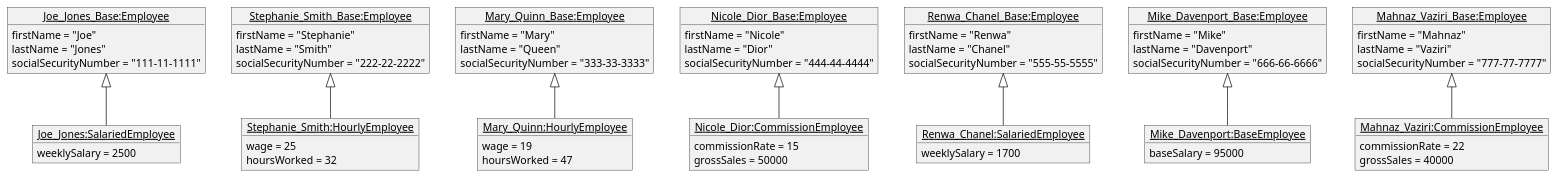
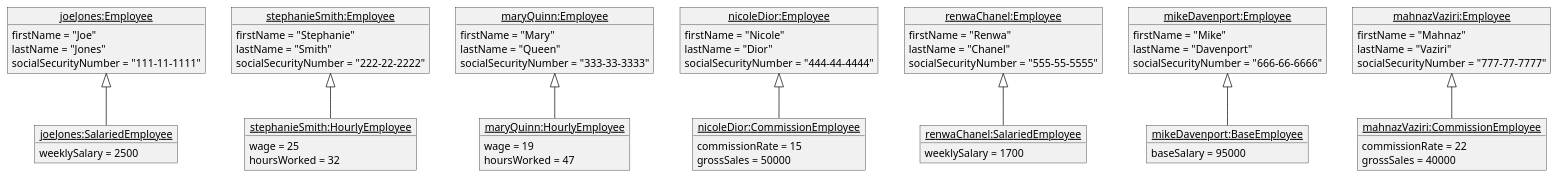
One commit to thanhdat1902/homework-2-plantuml changed the diagram in src/src/main/java/org/example/Question_1_Object_Diagram.puml. Above: the diagram before and after it, drawn with PlantUML. The commit also changed 5 other files, not shown here.

Commit message:
fix: change object diagram

```diff
--- a/src/src/main/java/org/example/Question_1_Object_Diagram.puml
+++ b/src/src/main/java/org/example/Question_1_Object_Diagram.puml
@@ -1,86 +1,86 @@
 @startuml
 'https://plantuml.com/object-diagram
 
-object "<u>Joe_Jones_Base:Employee</u>" as employeeb1{
+object "<u>joeJones:Employee</u>" as employeeb1{
 firstName = "Joe"
 lastName = "Jones"
 socialSecurityNumber = "111-11-1111"
 }
 
-object "<u>Joe_Jones:SalariedEmployee</u>" as employee1{
+object "<u>joeJones:SalariedEmployee</u>" as employee1{
 weeklySalary = 2500
 }
 
-object "<u>Stephanie_Smith_Base:Employee</u>" as employeeb2{
+object "<u>stephanieSmith:Employee</u>" as employeeb2{
 firstName = "Stephanie"
 lastName = "Smith"
 socialSecurityNumber = "222-22-2222"
 }
 
-object "<u>Stephanie_Smith:HourlyEmployee</u>" as employee2{
+object "<u>stephanieSmith:HourlyEmployee</u>" as employee2{
 wage = 25
 hoursWorked = 32
 }
 
-object "<u>Mary_Quinn_Base:Employee</u>" as employeeb3{
+object "<u>maryQuinn:Employee</u>" as employeeb3{
 firstName = "Mary"
 lastName = "Queen"
 socialSecurityNumber = "333-33-3333"
 }
 
-object "<u>Mary_Quinn:HourlyEmployee</u>" as employee3{
+object "<u>maryQuinn:HourlyEmployee</u>" as employee3{
 wage = 19
 hoursWorked = 47
 }
 
-object "<u>Nicole_Dior_Base:Employee</u>" as employeeb4{
+object "<u>nicoleDior:Employee</u>" as employeeb4{
 firstName = "Nicole"
 lastName = "Dior"
 socialSecurityNumber = "444-44-4444"
 }
 
-object "<u>Nicole_Dior:CommissionEmployee</u>" as employee4{
+object "<u>nicoleDior:CommissionEmployee</u>" as employee4{
 commissionRate = 15
 grossSales = 50000
 }
 
-object "<u>Renwa_Chanel_Base:Employee</u>" as employeeb5{
+object "<u>renwaChanel:Employee</u>" as employeeb5{
 firstName = "Renwa"
 lastName = "Chanel"
 socialSecurityNumber = "555-55-5555"
 }
 
-object "<u>Renwa_Chanel:SalariedEmployee</u>" as employee5{
+object "<u>renwaChanel:SalariedEmployee</u>" as employee5{
 weeklySalary = 1700
 }
 
-object "<u>Mike_Davenport_Base:Employee</u>" as employeeb6{
+object "<u>mikeDavenport:Employee</u>" as employeeb6{
 firstName = "Mike"
 lastName = "Davenport"
 socialSecurityNumber = "666-66-6666"
 }
 
-object "<u>Mike_Davenport:BaseEmployee</u>" as employee6{
+object "<u>mikeDavenport:BaseEmployee</u>" as employee6{
 baseSalary = 95000
 }
 
-object "<u>Mahnaz_Vaziri_Base:Employee</u>" as employeeb7{
+object "<u>mahnazVaziri:Employee</u>" as employeeb7{
 firstName = "Mahnaz"
 lastName = "Vaziri"
 socialSecurityNumber = "777-77-7777"
 }
 
-object "<u>Mahnaz_Vaziri:CommissionEmployee</u>" as employee7{
+object "<u>mahnazVaziri:CommissionEmployee</u>" as employee7{
 commissionRate = 22
 grossSales = 40000
 }
 
 employeeb1 <|-- employee1
 employeeb2 <|-- employee2
 employeeb3 <|-- employee3
 employeeb4 <|-- employee4
 employeeb5 <|-- employee5
 employeeb6 <|-- employee6
 employeeb7 <|-- employee7
 
 @enduml
```
